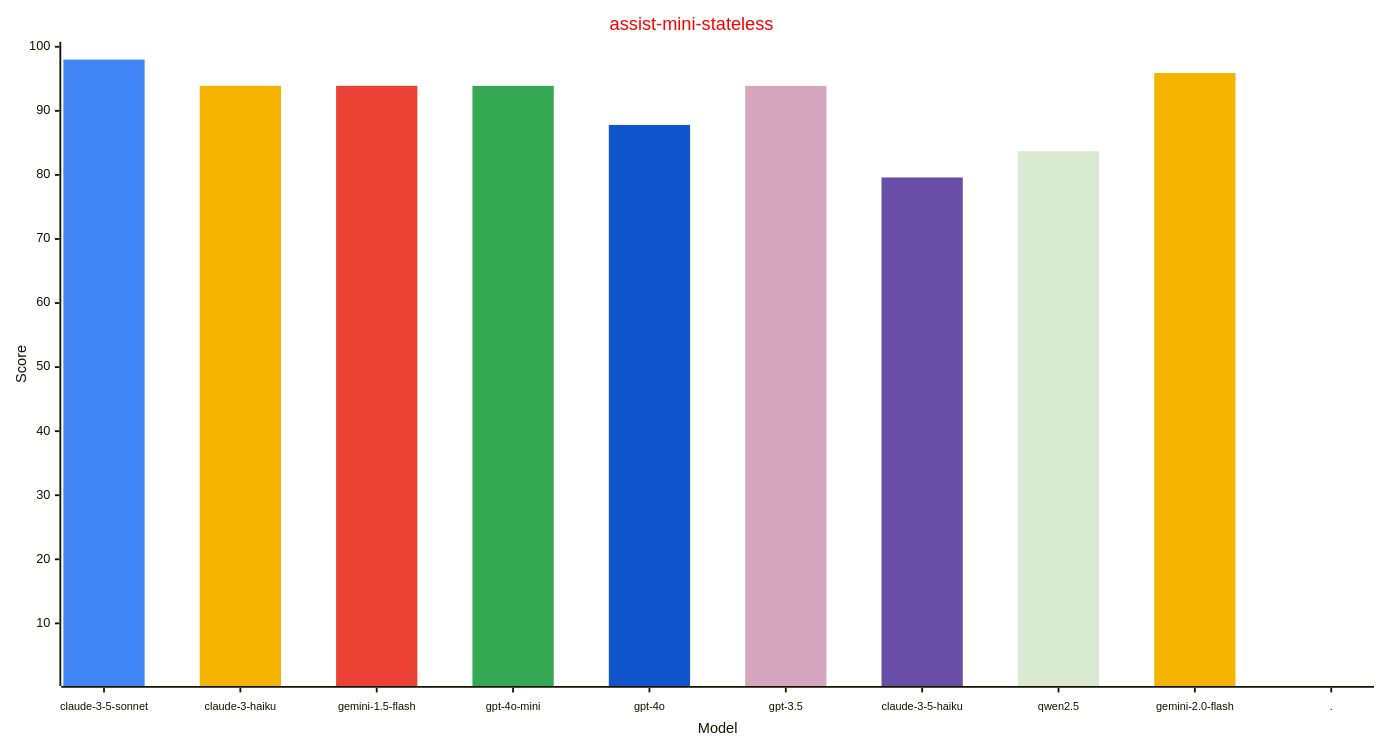
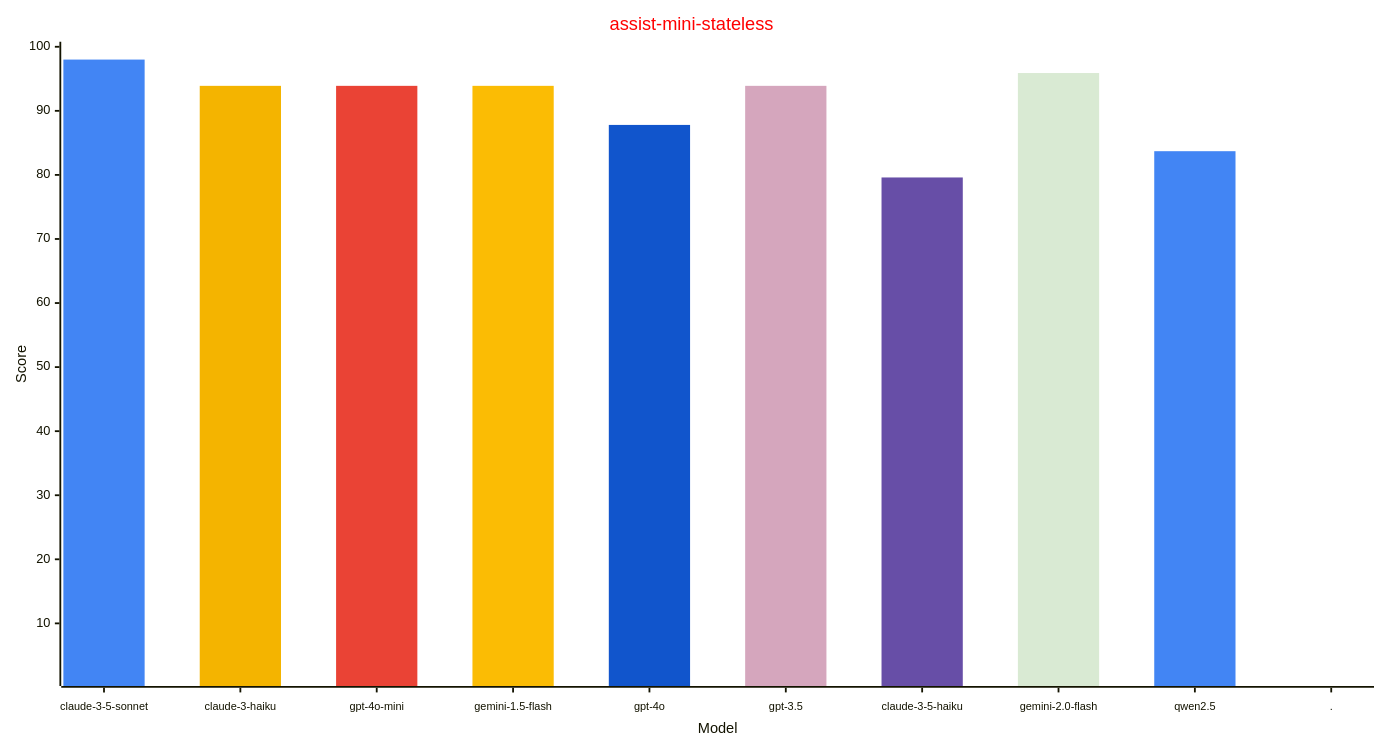
The third of 4 diagrams in reports/README.md (allenporter/home-assistant-datasets), drawn with Mermaid before and after one commit. The commit also changed other lines of this file and 1 other file, not shown here.

````diff
--- a/reports/README.md
+++ b/reports/README.md
@@ -148,30 +148,30 @@
 ```mermaid
 ---
 config:
     xyChart:
         width: 1500
         height: 800
         xAxis:
           labelFontSize: 12
           labelPadding: 8
     themeVariables:
         xyChart:
             titleColor: "#ff0000"
-            plotColorPalette: "#4285f4, #f4b400, #ea4335, #34a853, #1155cc, #d5a6bd, #674ea7, #d9ead3, #f4b400, #4285f4"
+            plotColorPalette: "#4285f4, #f4b400, #ea4335, #fbbc04, #1155cc, #d5a6bd, #674ea7, #d9ead3, #4285f4, #4285f4"
 
 ---
 xychart-beta
   title "assist-mini-stateless"
-  x-axis "Model" [claude-3-5-sonnet, claude-3-haiku, gemini-1.5-flash, gpt-4o-mini, gpt-4o, gpt-3.5, claude-3-5-haiku, qwen2.5, gemini-2.0-flash, .]
+  x-axis "Model" [claude-3-5-sonnet, claude-3-haiku, gpt-4o-mini, gemini-1.5-flash, gpt-4o, gpt-3.5, claude-3-5-haiku, gemini-2.0-flash, qwen2.5, .]
   y-axis "Score" 1 --> 100
   bar [98.0, 0.0, 0.0, 0.0, 0.0, 0.0, 0.0, 0.0, 0.0, 0.0]
   bar [0.0, 93.9, 0.0, 0.0, 0.0, 0.0, 0.0, 0.0, 0.0, 0.0]
   bar [0.0, 0.0, 93.9, 0.0, 0.0, 0.0, 0.0, 0.0, 0.0, 0.0]
   bar [0.0, 0.0, 0.0, 93.9, 0.0, 0.0, 0.0, 0.0, 0.0, 0.0]
   bar [0.0, 0.0, 0.0, 0.0, 87.8, 0.0, 0.0, 0.0, 0.0, 0.0]
   bar [0.0, 0.0, 0.0, 0.0, 0.0, 93.9, 0.0, 0.0, 0.0, 0.0]
   bar [0.0, 0.0, 0.0, 0.0, 0.0, 0.0, 79.6, 0.0, 0.0, 0.0]
-  bar [0.0, 0.0, 0.0, 0.0, 0.0, 0.0, 0.0, 83.7, 0.0, 0.0]
-  bar [0.0, 0.0, 0.0, 0.0, 0.0, 0.0, 0.0, 0.0, 95.9, 0.0]
+  bar [0.0, 0.0, 0.0, 0.0, 0.0, 0.0, 0.0, 95.9, 0.0, 0.0]
+  bar [0.0, 0.0, 0.0, 0.0, 0.0, 0.0, 0.0, 0.0, 83.7, 0.0]
   bar [0.0, 0.0, 0.0, 0.0, 0.0, 0.0, 0.0, 0.0, 0.0, -1.0]
 ```
````
